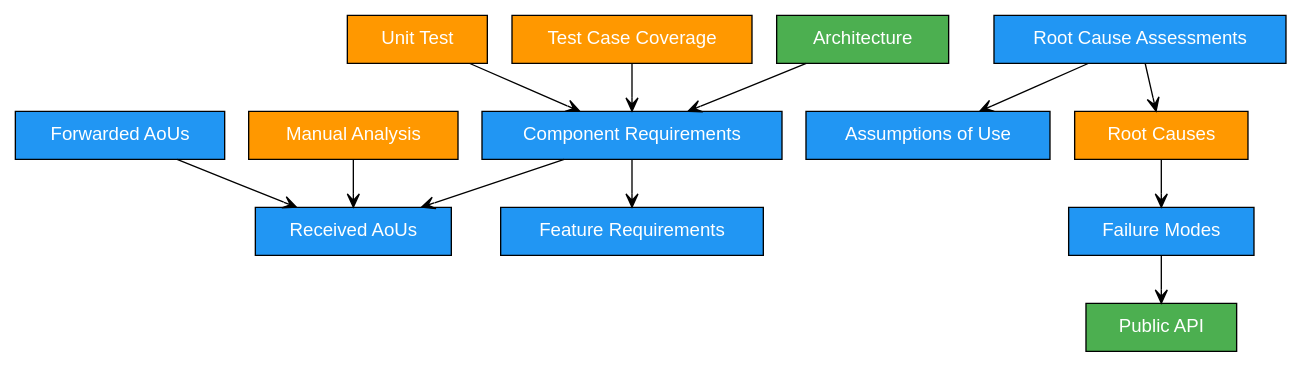
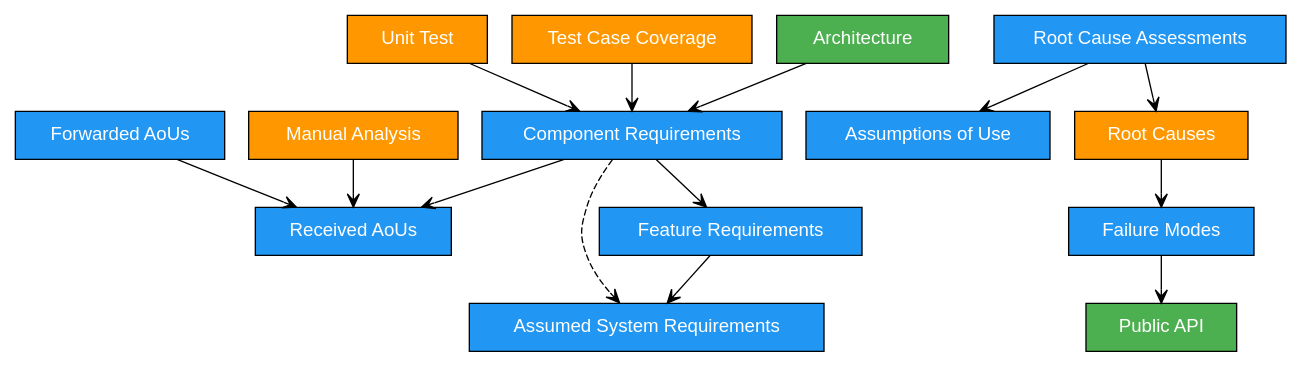
The diagram in bazel/rules/rules_score/docs/overview.rst (eclipse-score/tooling), drawn with Graphviz before and after one commit. The commit also changed other lines of this file and 15 other files, not shown here.

First line of the commit message:
rules_score: report assumed system requirements as own traceability level

```diff
--- a/bazel/rules/rules_score/docs/overview.rst
+++ b/bazel/rules/rules_score/docs/overview.rst
@@ -184,32 +184,35 @@
 .. graphviz::
 
    digraph tracing_policy {
       rankdir=TB;
       node [shape=box, style=filled, fontname="Helvetica", margin="0.3,0.1"];
       edge [arrowhead=open];
 
+      "Assumed System Requirements" [fillcolor="#2196F3", fontcolor="white"];
       "Feature Requirements" [fillcolor="#2196F3", fontcolor="white"];
       "Received AoUs" [fillcolor="#2196F3", fontcolor="white"];
       "Forwarded AoUs" [fillcolor="#2196F3", fontcolor="white"];
       "Component Requirements" [fillcolor="#2196F3", fontcolor="white"];
       "Unit Test" [fillcolor="#FF9800", fontcolor="white"];
       "Manual Analysis" [fillcolor="#FF9800", fontcolor="white"];
       "Test Case Coverage" [fillcolor="#FF9800", fontcolor="white"];
       "Architecture" [fillcolor="#4CAF50", fontcolor="white"];
       "Public API" [fillcolor="#4CAF50", fontcolor="white"];
       "Failure Modes" [fillcolor="#2196F3", fontcolor="white"];
       "Assumptions of Use" [fillcolor="#2196F3", fontcolor="white"];
       "Root Causes" [fillcolor="#FF9800", fontcolor="white"];
       "Root Cause Assessments" [fillcolor="#2196F3", fontcolor="white"];
       "Forwarded AoUs" -> "Received AoUs";
+      "Feature Requirements" -> "Assumed System Requirements";
       "Component Requirements" -> "Feature Requirements";
+      "Component Requirements" -> "Assumed System Requirements" [style=dashed];
       "Component Requirements" -> "Received AoUs";
       "Manual Analysis" -> "Received AoUs";
       "Unit Test" -> "Component Requirements";
       "Test Case Coverage" -> "Component Requirements";
       "Architecture" -> "Component Requirements";
       "Failure Modes" -> "Public API";
       "Root Causes" -> "Failure Modes";
       "Root Cause Assessments" -> "Root Causes";
       "Root Cause Assessments" -> "Assumptions of Use";
    }
```
